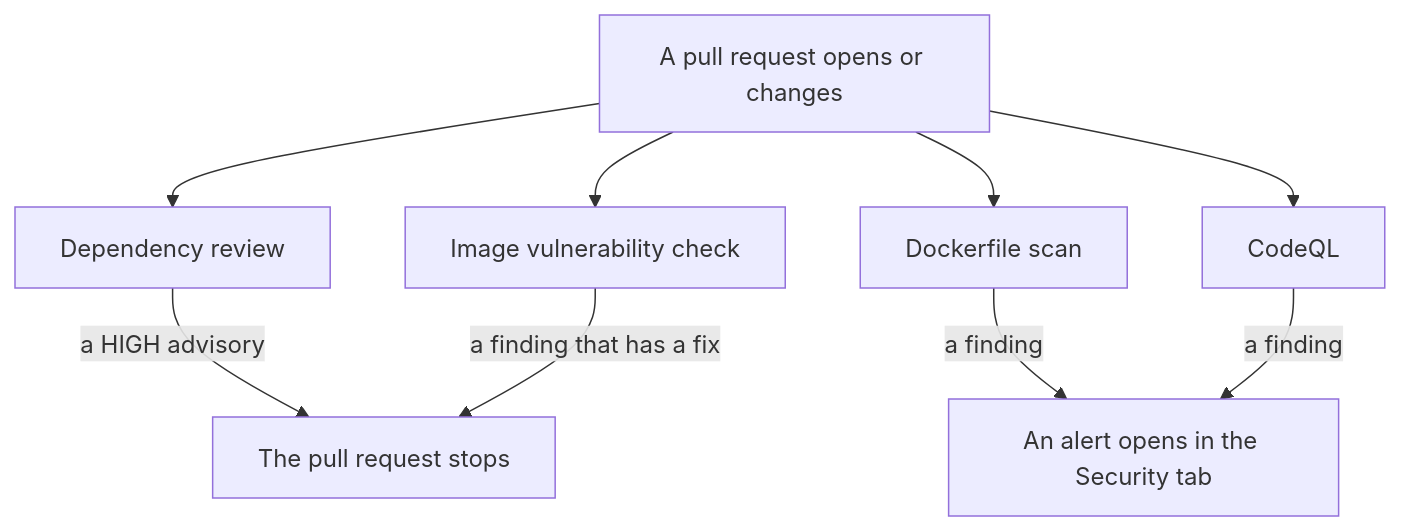
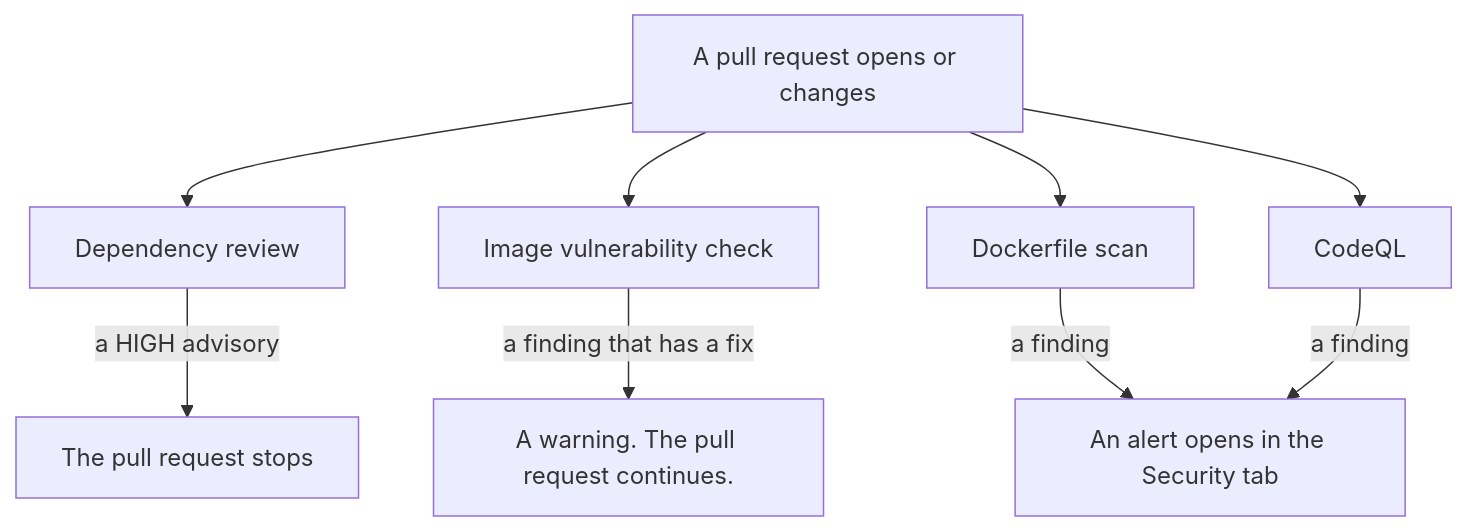
The second of 5 diagrams in SECURITY-PROCESS.md (Unique-AG/connectors), drawn with Mermaid before and after one commit. The commit also changed other lines of this file, not shown here.

Commit message:
docs(main): state that only the dependency review stops a pull request, and describe the weekly alert

````diff
--- a/SECURITY-PROCESS.md
+++ b/SECURITY-PROCESS.md
@@ -43,12 +43,12 @@
 ```mermaid
 flowchart TD
   pr[A pull request opens or changes] --> deps[Dependency review]
   pr --> gate[Image vulnerability check]
   pr --> docker[Dockerfile scan]
   pr --> codeql[CodeQL]
 
   deps -->|a HIGH advisory| stop[The pull request stops]
-  gate -->|a finding that has a fix| stop
+  gate -->|a finding that has a fix| warn[A warning. The pull request continues.]
   docker -->|a finding| alert[An alert opens in the Security tab]
   codeql -->|a finding| alert
 ```
````
